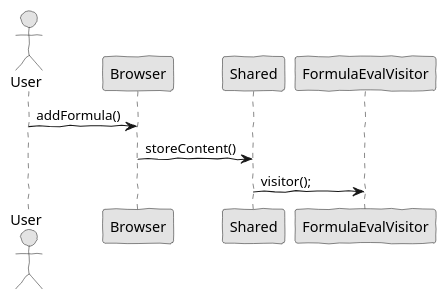
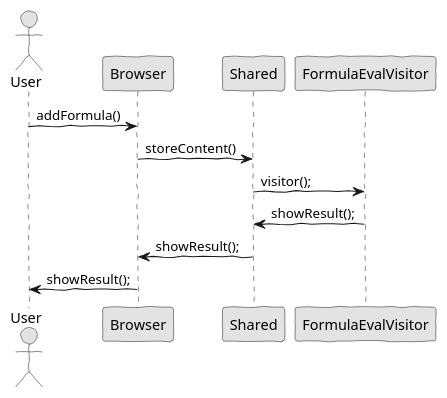
The diagram in docs/blue/1150372/sp1/US.puml (Fuel4us/EventManagingApp), drawn with PlantUML before and after one commit. The commit also changed 3 other files, not shown here.

```diff
--- a/docs/blue/1150372/sp1/US.puml
+++ b/docs/blue/1150372/sp1/US.puml
@@ -1,14 +1,17 @@
 @startuml  analysis.png
 skinparam handwritten true
 skinparam monochrome true
 skinparam packageStyle rect
 skinparam defaultFontName FG Virgil
 skinparam shadowing false
 
 actor User
 
 User -> Browser : addFormula() 
 Browser -> Shared : storeContent()
 Shared -> FormulaEvalVisitor : visitor();
+FormulaEvalVisitor -> Shared : showResult();
+Shared -> Browser : showResult();
+Browser -> User : showResult();
 
 @enduml
```
